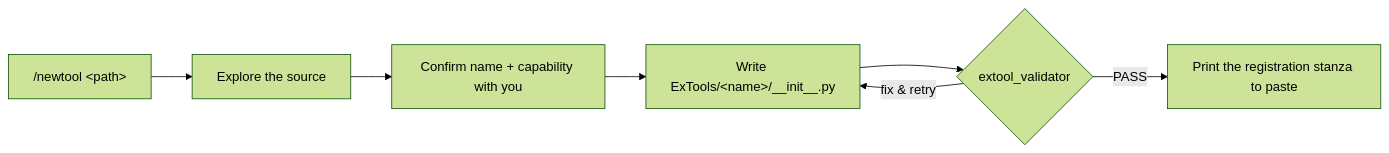
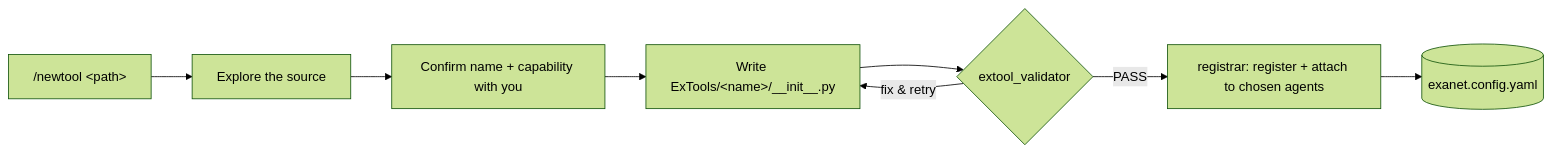
One commit to Arsh910/Anet changed the fourth of 4 diagrams in architecture/README.md. Above: the diagram before and after it, drawn with Mermaid (forest theme). The commit also changed other lines of this file and 13 other files, not shown here.

````diff
--- a/architecture/README.md
+++ b/architecture/README.md
@@ -141,9 +141,10 @@
 ```mermaid
 flowchart LR
     P["/newtool &lt;path&gt;"] --> E["Explore the source"]
     E --> Q["Confirm name + capability with you"]
     Q --> W["Write ExTools/&lt;name&gt;/__init__.py"]
     W --> V{"extool_validator"}
     V -->|"fix &amp; retry"| W
-    V -->|"PASS"| OUT["Print the registration stanza to paste"]
+    V -->|"PASS"| REG["registrar: register + attach to chosen agents"]
+    REG --> CFG[("exanet.config.yaml")]
 ```
````
